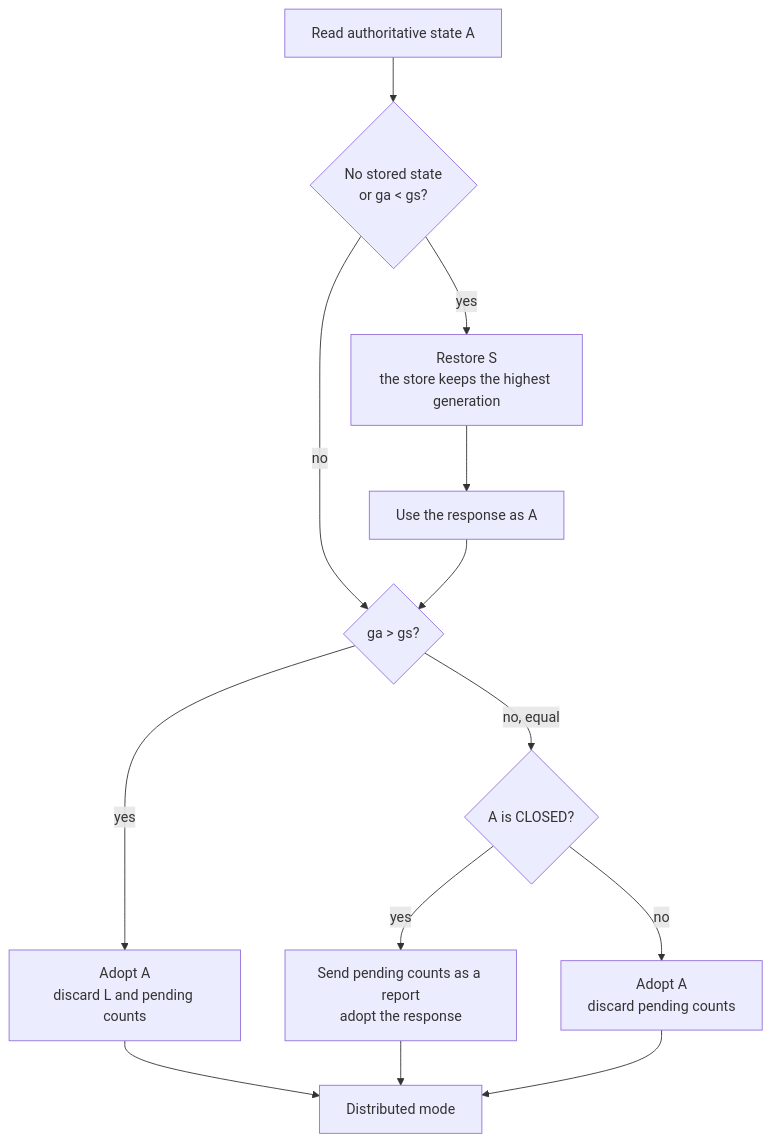
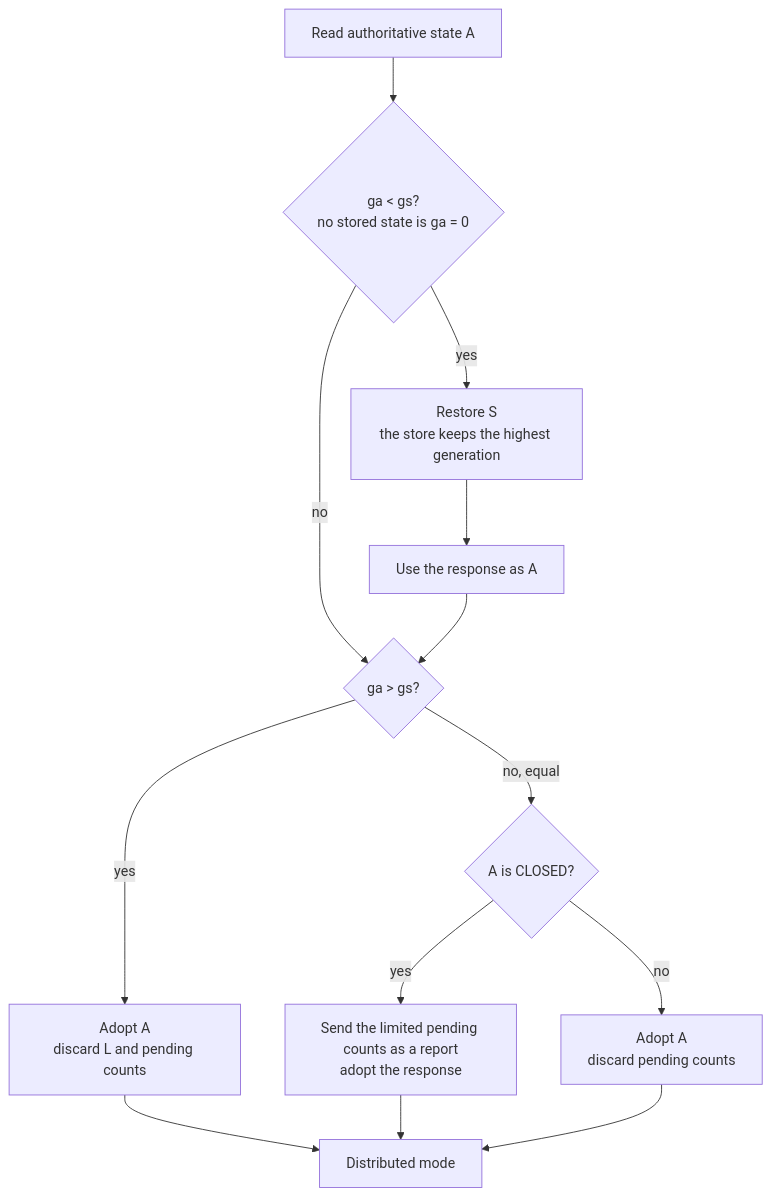
The diagram in docs/circuit-breaker/degraded-mode.md (faultvane/faultvane-go), drawn with Mermaid before and after one commit. The commit also changed other lines of this file, not shown here.

````diff
--- a/docs/circuit-breaker/degraded-mode.md
+++ b/docs/circuit-breaker/degraded-mode.md
@@ -95,14 +121,14 @@
 ```mermaid
 flowchart TD
-    R[Read authoritative state A] --> Q1{No stored state<br/>or ga < gs?}
+    R[Read authoritative state A] --> Q1{ga < gs?<br/>no stored state is ga = 0}
     Q1 -- yes --> RS[Restore S<br/>the store keeps the highest generation] --> R2[Use the response as A]
     Q1 -- no --> Q2
     R2 --> Q2{ga > gs?}
     Q2 -- yes --> AD[Adopt A<br/>discard L and pending counts]
     Q2 -- no, equal --> Q3{A is CLOSED?}
-    Q3 -- yes --> RP[Send pending counts as a report<br/>adopt the response]
+    Q3 -- yes --> RP[Send the limited pending counts as a report<br/>adopt the response]
     Q3 -- no --> AD2[Adopt A<br/>discard pending counts]
     AD --> DM[Distributed mode]
     RP --> DM
     AD2 --> DM
 ```
````
